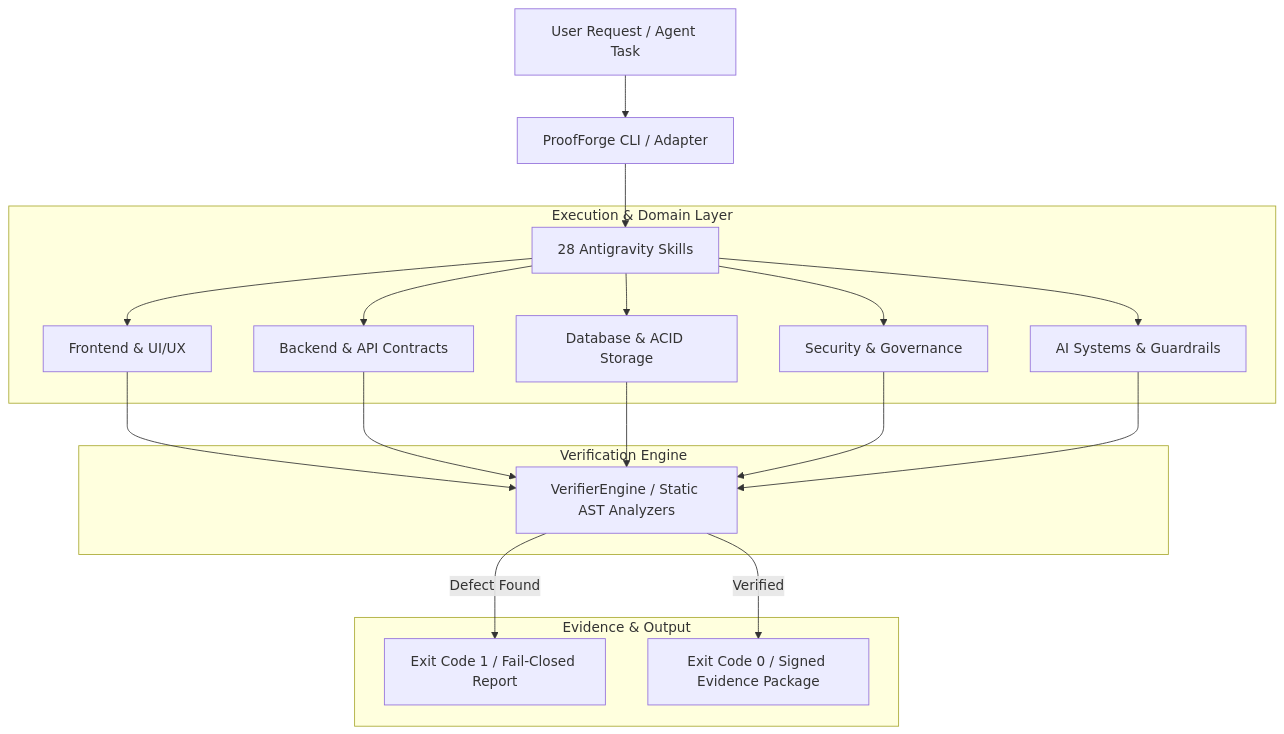
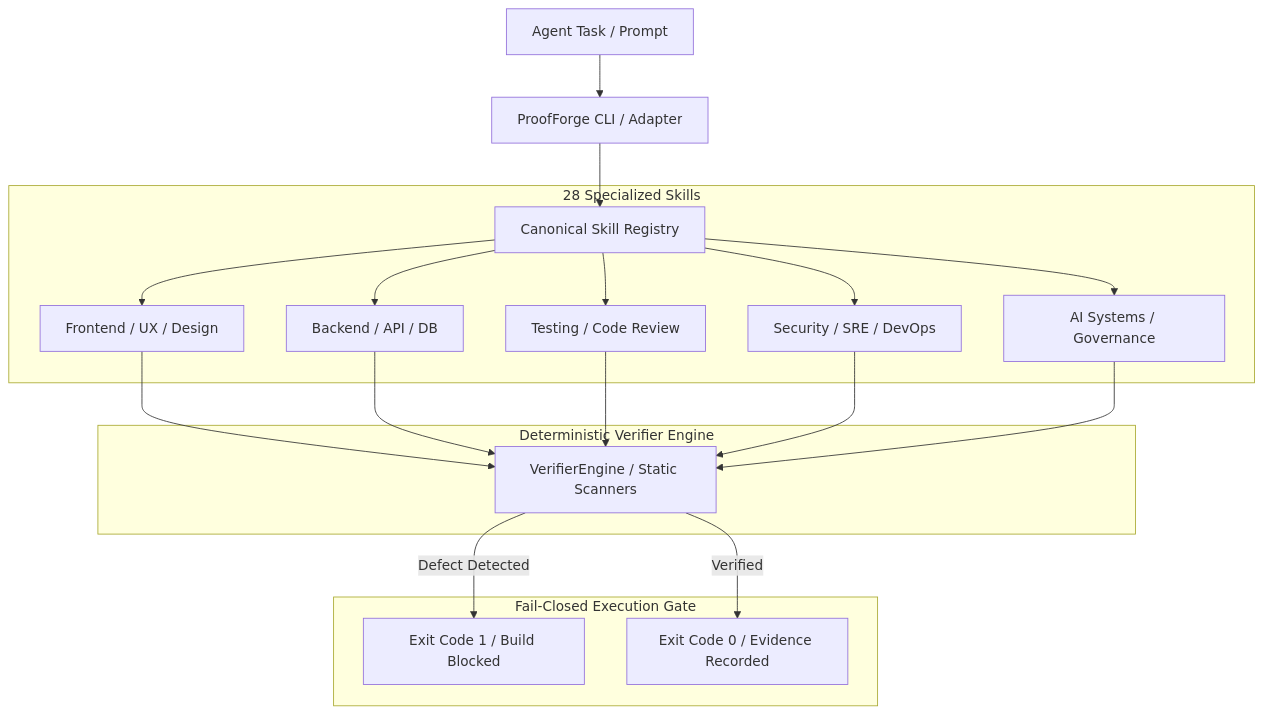
The diagram in README.md (EyadAbduljalil/ProofForge), drawn with Mermaid before and after one commit. The commit also changed other lines of this file and 1 other file, not shown here.

Commit message:
docs: complete technical audit and honest architectural redesign of README and update SECURITY.md for v2.x

````diff
--- a/README.md
+++ b/README.md
@@ -136,26 +129,26 @@
 ```mermaid
-graph TD
-    UserReq[User Request / Agent Task] --> CLI[ProofForge CLI / Adapter]
-    CLI --> SkillRegistry[28 Antigravity Skills]
+flowchart TD
+    Task[Agent Task / Prompt] --> CLI[ProofForge CLI / Adapter]
+    CLI --> Registry[Canonical Skill Registry]
     
-    subgraph Execution & Domain Layer
-        SkillRegistry --> FE[Frontend & UI/UX]
-        SkillRegistry --> BE[Backend & API Contracts]
-        SkillRegistry --> DB[Database & ACID Storage]
-        SkillRegistry --> SEC[Security & Governance]
-        SkillRegistry --> AI[AI Systems & Guardrails]
-    end
-    
-    subgraph Verification Engine
-        FE --> VerifierEngine[VerifierEngine / Static AST Analyzers]
-        BE --> VerifierEngine
-        DB --> VerifierEngine
-        SEC --> VerifierEngine
-        AI --> VerifierEngine
+    subgraph Skills [28 Specialized Skills]
+        Registry --> FE[Frontend / UX / Design]
+        Registry --> BE[Backend / API / DB]
+        Registry --> QA[Testing / Code Review]
+        Registry --> SEC[Security / SRE / DevOps]
+        Registry --> AI[AI Systems / Governance]
     end
 
-    subgraph Evidence & Output
-        VerifierEngine -->|Defect Found| Exit1[Exit Code 1 / Fail-Closed Report]
-        VerifierEngine -->|Verified| Exit0[Exit Code 0 / Signed Evidence Package]
+    subgraph Verification [Deterministic Verifier Engine]
+        FE --> Engine[VerifierEngine / Static Scanners]
+        BE --> Engine
+        QA --> Engine
+        SEC --> Engine
+        AI --> Engine
+    end
+
+    subgraph Outcomes [Fail-Closed Execution Gate]
+        Engine -->|Defect Detected| Fail[Exit Code 1 / Build Blocked]
+        Engine -->|Verified| Pass[Exit Code 0 / Evidence Recorded]
     end
 ```
````
